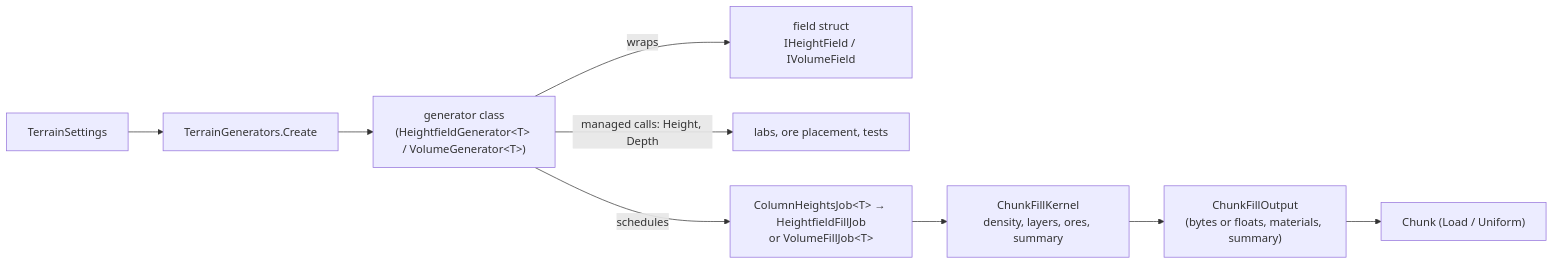
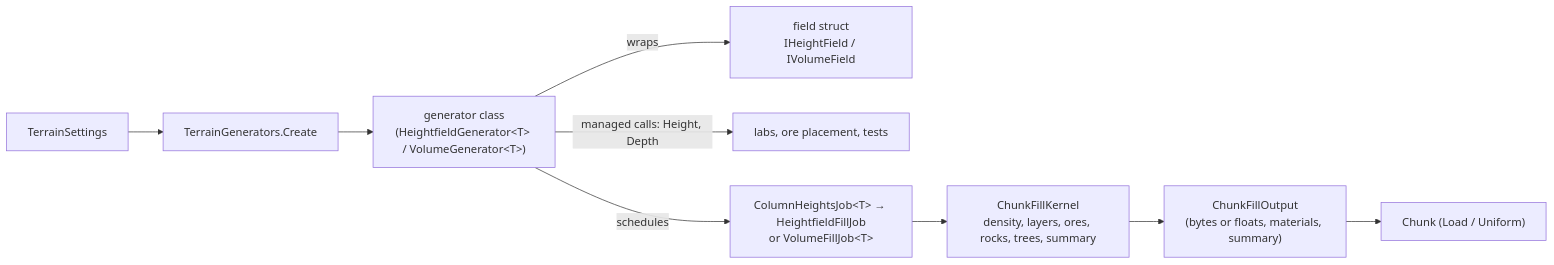
Before and after one commit to landonairey/clube: the second of 4 diagrams in Docs/architecture.md, drawn with Mermaid. The commit also changed other lines of this file and 2 other files, not shown here.

First line of the commit message:
Objectives: settled chunk and build cell sizes (M28, M29), trees (GL30, GL31)

````diff
--- a/Docs/architecture.md
+++ b/Docs/architecture.md
@@ -120,11 +121,11 @@
 ```mermaid
 flowchart LR
     S[TerrainSettings] --> TG[TerrainGenerators.Create]
     TG --> G["generator class<br/>(HeightfieldGenerator&lt;T&gt; / VolumeGenerator&lt;T&gt;)"]
     G -- "wraps" --> F["field struct<br/>IHeightField / IVolumeField"]
     G -- "managed calls: Height, Depth" --> Labs[labs, ore placement, tests]
     G -- "schedules" --> J["ColumnHeightsJob&lt;T&gt; → HeightfieldFillJob<br/>or VolumeFillJob&lt;T&gt;"]
-    J --> K["ChunkFillKernel<br/>density, layers, ores, summary"]
+    J --> K["ChunkFillKernel<br/>density, layers, ores, rocks, trees, summary"]
     K --> O["ChunkFillOutput<br/>(bytes or floats, materials, summary)"]
     O --> C["Chunk (Load / Uniform)"]
 ```
````
